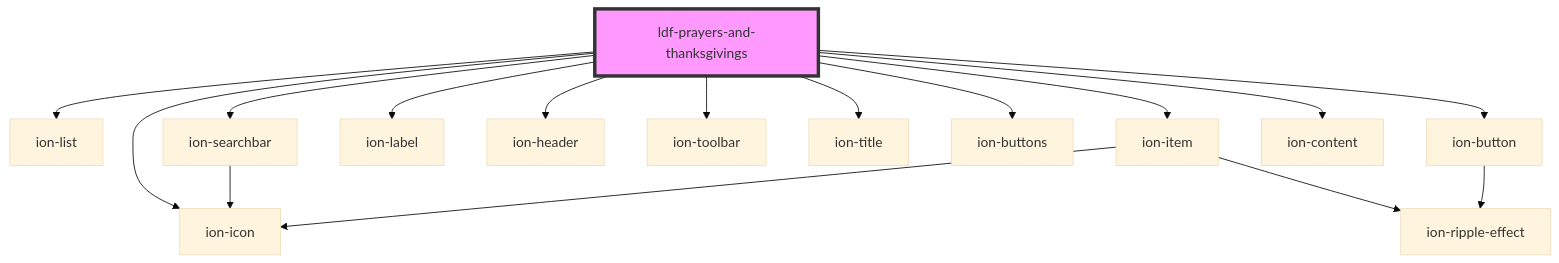
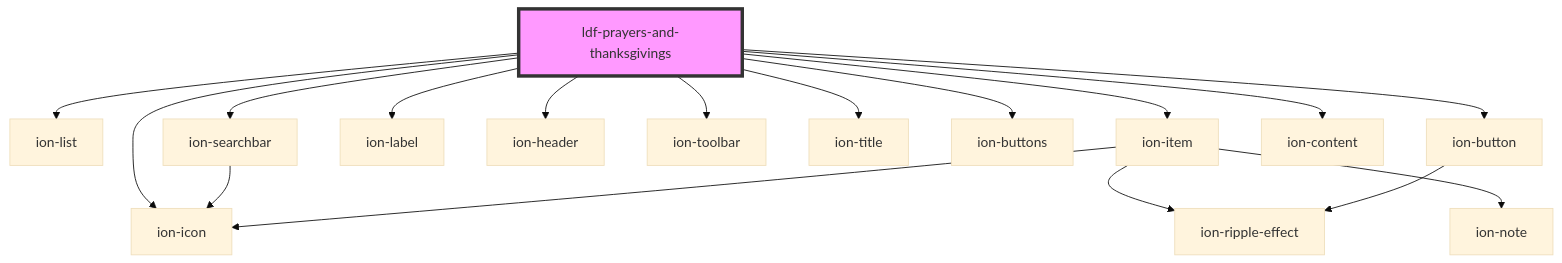
The diagram in components/src/components/prayers-and-thanksgivings/readme.md (gbj/venite), drawn with Mermaid (base theme) before and after one commit. The commit also changed 29 other files, not shown here.

````diff
--- a/components/src/components/prayers-and-thanksgivings/readme.md
+++ b/components/src/components/prayers-and-thanksgivings/readme.md
@@ -56,19 +56,20 @@
 ```mermaid
 graph TD;
   ldf-prayers-and-thanksgivings --> ion-list
   ldf-prayers-and-thanksgivings --> ion-searchbar
   ldf-prayers-and-thanksgivings --> ion-item
   ldf-prayers-and-thanksgivings --> ion-label
   ldf-prayers-and-thanksgivings --> ion-header
   ldf-prayers-and-thanksgivings --> ion-toolbar
   ldf-prayers-and-thanksgivings --> ion-title
   ldf-prayers-and-thanksgivings --> ion-buttons
   ldf-prayers-and-thanksgivings --> ion-button
   ldf-prayers-and-thanksgivings --> ion-icon
   ldf-prayers-and-thanksgivings --> ion-content
   ion-searchbar --> ion-icon
   ion-item --> ion-icon
   ion-item --> ion-ripple-effect
+  ion-item --> ion-note
   ion-button --> ion-ripple-effect
   style ldf-prayers-and-thanksgivings fill:#f9f,stroke:#333,stroke-width:4px
 ```
````
